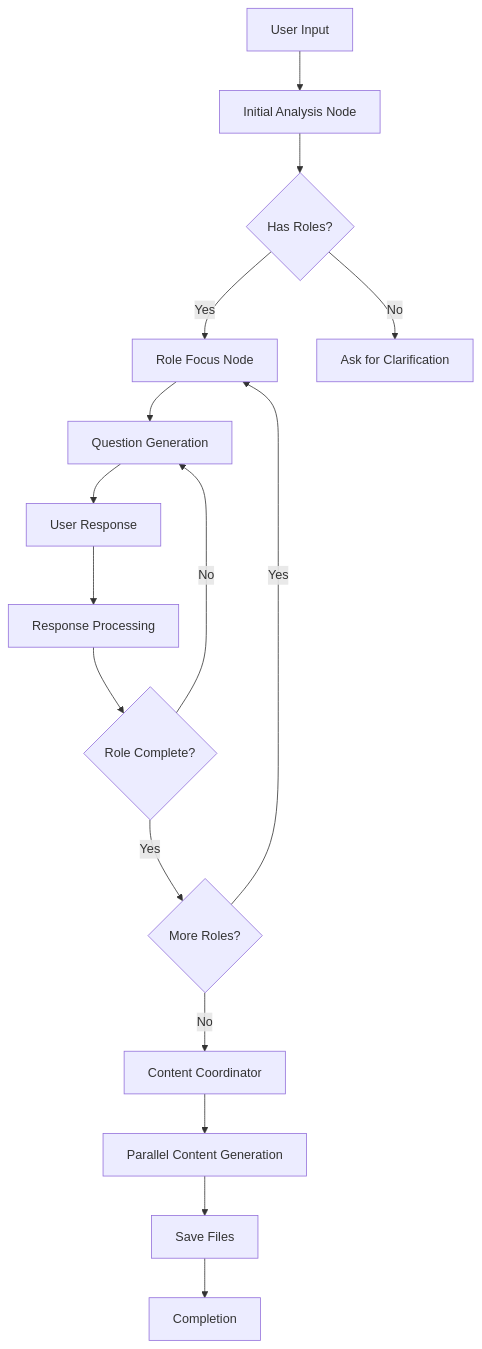
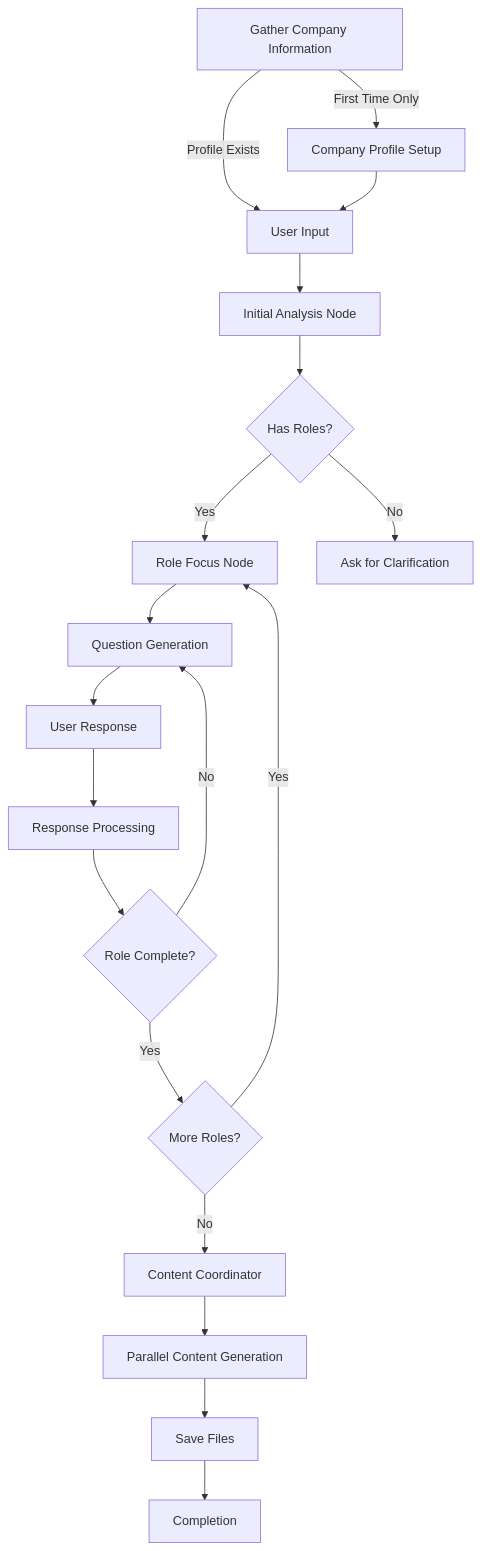
Before and after one commit to aidanp16/HrAIAssistant: the first of 2 diagrams in README.md, drawn with Mermaid.

Commit message:
Updated architecture diagram

````diff
--- a/README.md
+++ b/README.md
@@ -65,18 +65,21 @@
 ```mermaid
 graph TB
+    A0[Gather Company Information] -->|First Time Only| A1[Company Profile Setup]
+    A0 -->|Profile Exists| A[User Input]
+    A1 --> A[User Input]
     A[User Input] --> B[Initial Analysis Node]
     B --> C{Has Roles?}
     C -->|Yes| D[Role Focus Node]
     C -->|No| E[Ask for Clarification]
     D --> F[Question Generation]
     F --> G[User Response]
     G --> H[Response Processing]
     H --> I{Role Complete?}
     I -->|No| F
     I -->|Yes| J{More Roles?}
     J -->|Yes| D
     J -->|No| K[Content Coordinator]
     K --> L[Parallel Content Generation]
     L --> M[Save Files]
     M --> N[Completion]
 ```
````
